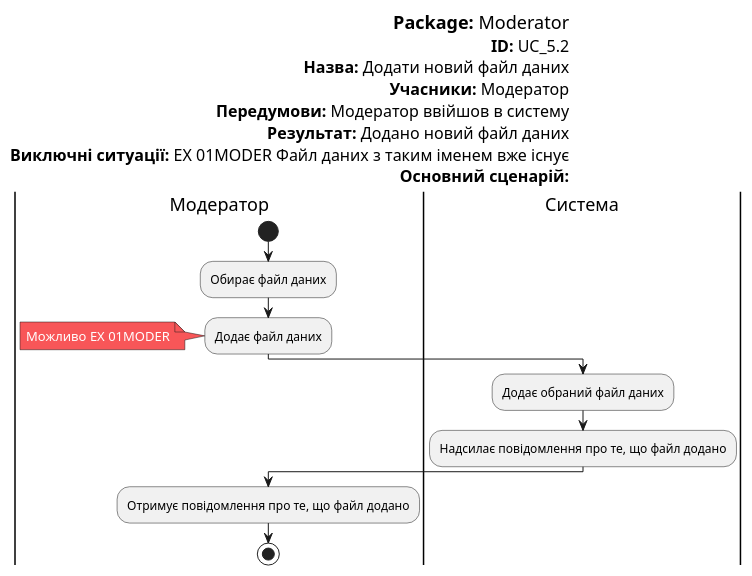
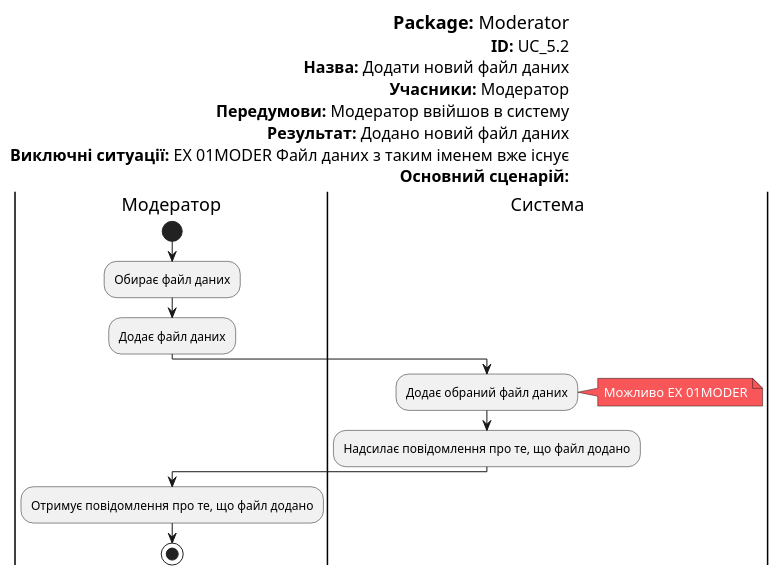
One commit to KarmazinN/db_open_data changed the diagram in src/uml/UC_5.2.puml. Above: the diagram before and after it, drawn with PlantUML.

```diff
--- a/src/uml/UC_5.2.puml
+++ b/src/uml/UC_5.2.puml
@@ -1,40 +1,40 @@
 @startuml EditAction
 
 left header
 <font color=000 size=18><b>Package:</b> Moderator
 <font color=000 size=16><b>ID:</b> UC_5.2
 <font color=000 size=16><b>Назва:</b> Додати новий файл даних
 <font color=000 size=16><b>Учасники:</b> Модератор
 <font color=000 size=16><b>Передумови:</b> Модератор ввійшов в систему
 <font color=000 size=16><b>Результат:</b> Додано новий файл даних
 <font color=000 size=16><b>Виключні ситуації:</b> EX 01MODER Файл даних з таким іменем вже існує
 <font color=000 size=16><b>Основний сценарій:</b>
 end header
 
 skinparam	shadowing false
 skinparam Note {
 	BackgroundColor #f85658
 	FontColor #ffffff
 }
 
 
 
 |Модератор|
 start
 :Обирає файл даних;
 :Додає файл даних;
-note left
-Можливо ЕХ 01MODER
-end note
+
 
 |Система|
 :Додає обраний файл даних;
-
+note right
+Можливо ЕХ 01MODER
+end note
 |Система|
 :Надсилає повідомлення про те, що файл додано;
 
 |Модератор|
 :Отримує повідомлення про те, що файл додано;
 
 stop;
 @enduml
```
